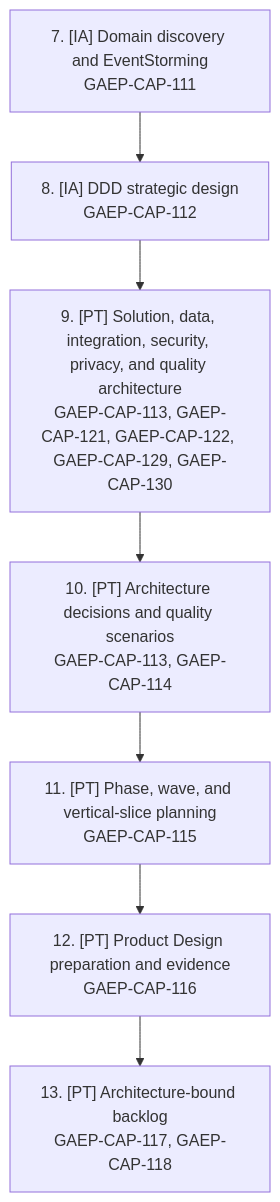
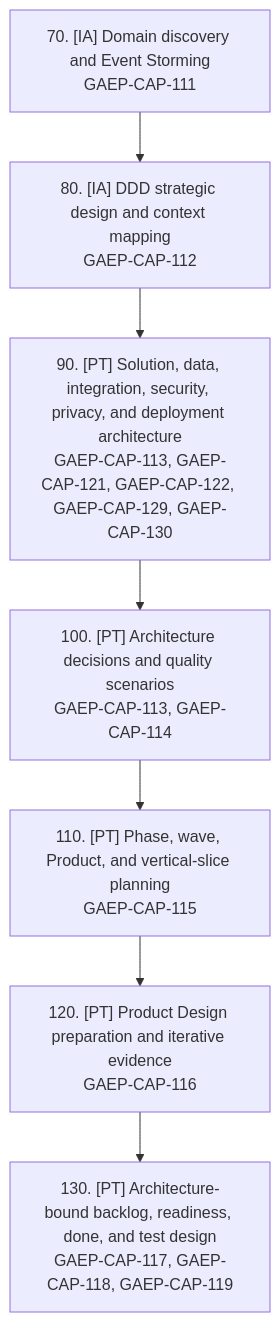
The seventh of 11 diagrams in apps/vscode/media/GAEP_GUIDE.md (panahister/GAEP), drawn with Mermaid before and after one commit. The commit also changed other lines of this file and 10 other files, not shown here.

````diff
--- a/apps/vscode/media/GAEP_GUIDE.md
+++ b/apps/vscode/media/GAEP_GUIDE.md
@@ -243,12 +371,12 @@
 ```mermaid
-%% Lifecycle 7–13: architecture and planning
+%% Target lifecycle: architecture and planning
 flowchart TD
-  lifecycle_07["7. [IA] Domain discovery and EventStorming<br/>GAEP-CAP-111"]
-  lifecycle_08["8. [IA] DDD strategic design<br/>GAEP-CAP-112"]
-  lifecycle_09["9. [PT] Solution, data, integration, security, privacy, and quality architecture<br/>GAEP-CAP-113, GAEP-CAP-121, GAEP-CAP-122, GAEP-CAP-129, GAEP-CAP-130"]
-  lifecycle_10["10. [PT] Architecture decisions and quality scenarios<br/>GAEP-CAP-113, GAEP-CAP-114"]
-  lifecycle_11["11. [PT] Phase, wave, and vertical-slice planning<br/>GAEP-CAP-115"]
-  lifecycle_12["12. [PT] Product Design preparation and evidence<br/>GAEP-CAP-116"]
-  lifecycle_13["13. [PT] Architecture-bound backlog<br/>GAEP-CAP-117, GAEP-CAP-118"]
+  lifecycle_07["70. [IA] Domain discovery and Event Storming<br/>GAEP-CAP-111"]
+  lifecycle_08["80. [IA] DDD strategic design and context mapping<br/>GAEP-CAP-112"]
+  lifecycle_09["90. [PT] Solution, data, integration, security, privacy, and deployment architecture<br/>GAEP-CAP-113, GAEP-CAP-121, GAEP-CAP-122, GAEP-CAP-129, GAEP-CAP-130"]
+  lifecycle_10["100. [PT] Architecture decisions and quality scenarios<br/>GAEP-CAP-113, GAEP-CAP-114"]
+  lifecycle_11["110. [PT] Phase, wave, Product, and vertical-slice planning<br/>GAEP-CAP-115"]
+  lifecycle_12["120. [PT] Product Design preparation and iterative evidence<br/>GAEP-CAP-116"]
+  lifecycle_13["130. [PT] Architecture-bound backlog, readiness, done, and test design<br/>GAEP-CAP-117, GAEP-CAP-118, GAEP-CAP-119"]
   lifecycle_07 --> lifecycle_08 --> lifecycle_09 --> lifecycle_10 --> lifecycle_11 --> lifecycle_12 --> lifecycle_13
 ```
````
